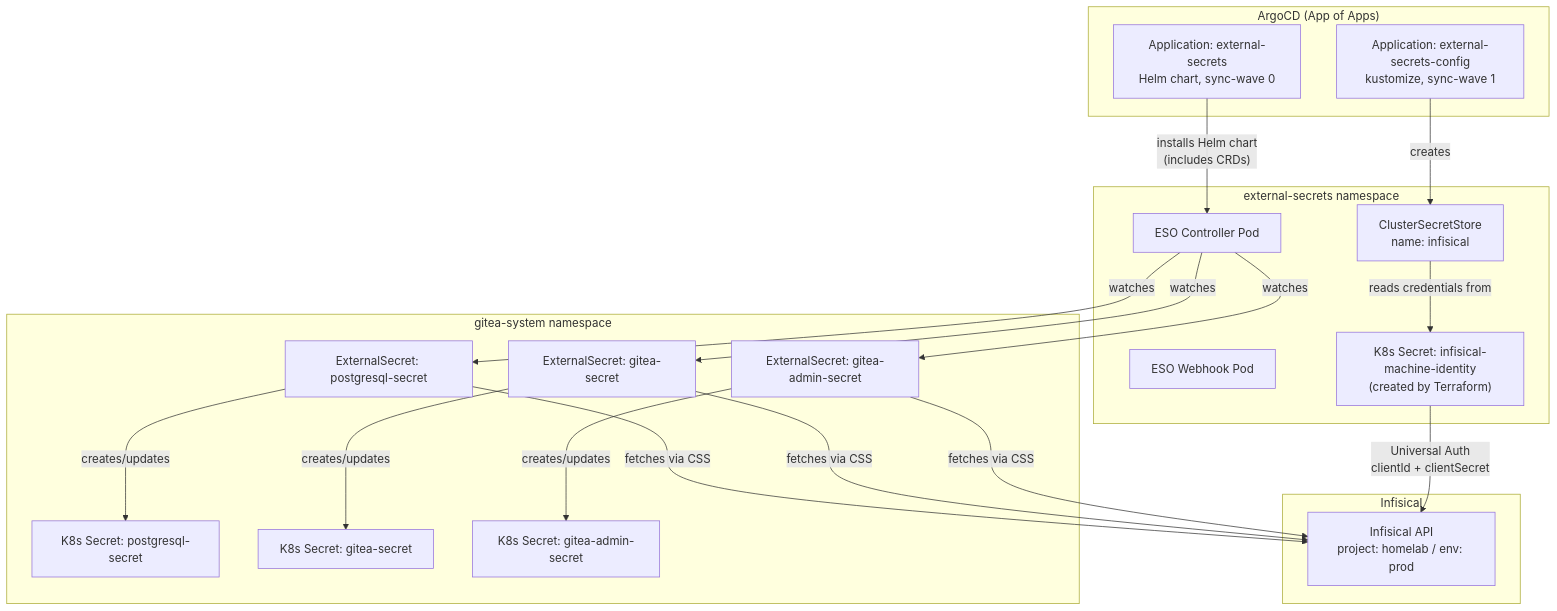
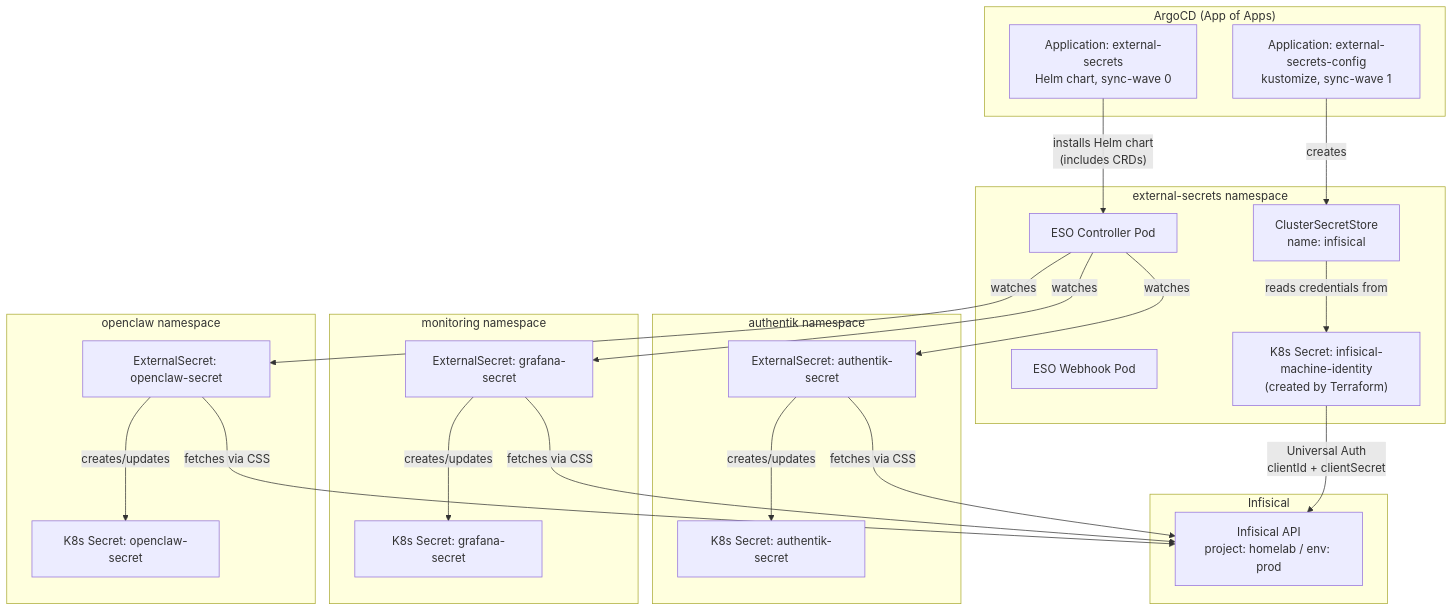
The first of 3 diagrams in k8s/apps/external-secrets/README.md (haingth77/homelab), drawn with Mermaid before and after one commit. The commit also changed other lines of this file and 11 other files, not shown here.

````diff
--- a/k8s/apps/external-secrets/README.md
+++ b/k8s/apps/external-secrets/README.md
@@ -7,41 +7,47 @@
 ```mermaid
 flowchart TD
     subgraph argocd["ArgoCD (App of Apps)"]
         ESOApp["Application: external-secrets\nHelm chart, sync-wave 0"]
         ESCApp["Application: external-secrets-config\nkustomize, sync-wave 1"]
     end
 
     subgraph esoNs["external-secrets namespace"]
         ESOOperator["ESO Controller Pod"]
         WebhookPod["ESO Webhook Pod"]
         CSS["ClusterSecretStore\nname: infisical"]
         MachineIdentitySecret["K8s Secret: infisical-machine-identity\n(created by Terraform)"]
     end
 
     subgraph infisical["Infisical"]
         InfisicalAPI["Infisical API\nproject: homelab / env: prod"]
     end
 
-    subgraph giteaNs["gitea-system namespace"]
-        ES1["ExternalSecret: postgresql-secret"]
-        ES2["ExternalSecret: gitea-secret"]
-        ES3["ExternalSecret: gitea-admin-secret"]
-        K8sS1["K8s Secret: postgresql-secret"]
-        K8sS2["K8s Secret: gitea-secret"]
-        K8sS3["K8s Secret: gitea-admin-secret"]
+    subgraph authentikNs["authentik namespace"]
+        ES1["ExternalSecret: authentik-secret"]
+        K8sS1["K8s Secret: authentik-secret"]
+    end
+
+    subgraph monitoringNs["monitoring namespace"]
+        ES2["ExternalSecret: grafana-secret"]
+        K8sS2["K8s Secret: grafana-secret"]
+    end
+
+    subgraph openclawNs["openclaw namespace"]
+        ES3["ExternalSecret: openclaw-secret"]
+        K8sS3["K8s Secret: openclaw-secret"]
     end
 
     ESOApp -- "installs Helm chart\n(includes CRDs)" --> ESOOperator
     ESCApp -- "creates" --> CSS
     CSS -- "reads credentials from" --> MachineIdentitySecret
     MachineIdentitySecret -- "Universal Auth\nclientId + clientSecret" --> InfisicalAPI
     ESOOperator -- "watches" --> ES1
     ESOOperator -- "watches" --> ES2
     ESOOperator -- "watches" --> ES3
     ES1 -- "fetches via CSS" --> InfisicalAPI
     ES2 -- "fetches via CSS" --> InfisicalAPI
     ES3 -- "fetches via CSS" --> InfisicalAPI
     ES1 -- "creates/updates" --> K8sS1
     ES2 -- "creates/updates" --> K8sS2
     ES3 -- "creates/updates" --> K8sS3
 ```
````
